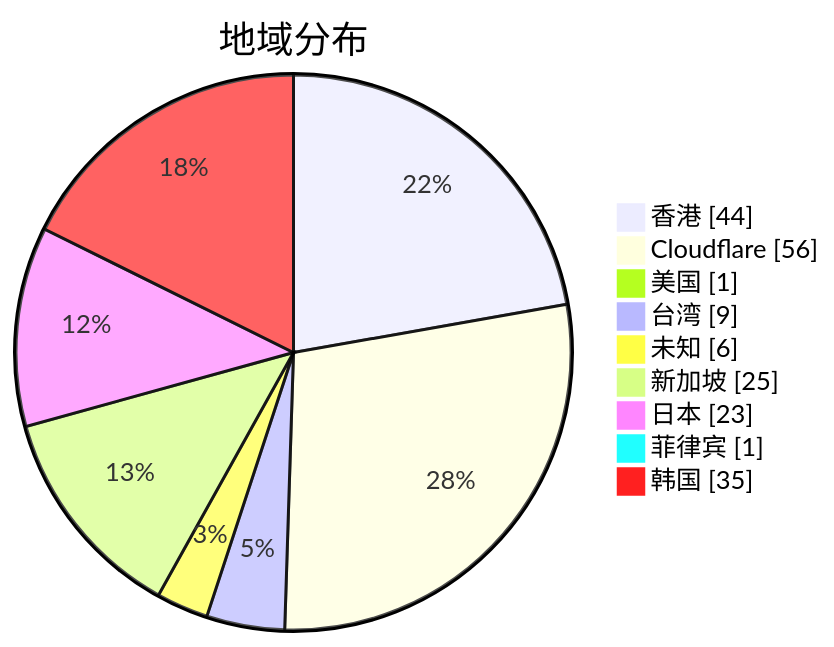
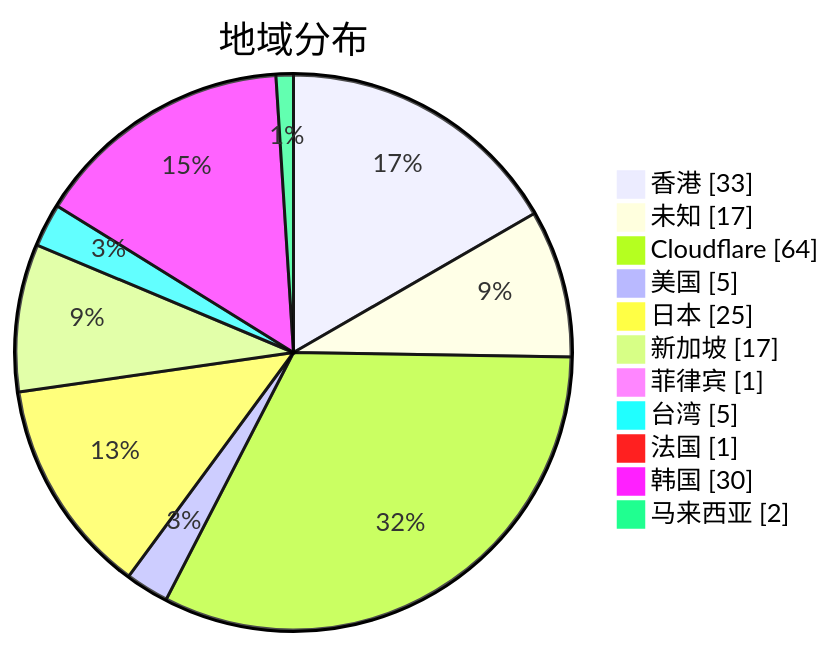
The second of 3 diagrams in subs/statistics/tested_within.md (qjlxg/airport), drawn with Mermaid before and after one commit. The commit also changed other lines of this file and 2 other files, not shown here.

Commit message:
Tested by metaST

````diff
--- a/subs/statistics/tested_within.md
+++ b/subs/statistics/tested_within.md
@@ -11,13 +12,15 @@
 ```mermaid
 pie showData
 title 地域分布
-"香港" : 44
-"Cloudflare" : 56
-"美国" : 1
-"台湾" : 9
-"未知" : 6
-"新加坡" : 25
-"日本" : 23
+"香港" : 33
+"未知" : 17
+"Cloudflare" : 64
+"美国" : 5
+"日本" : 25
+"新加坡" : 17
 "菲律宾" : 1
-"韩国" : 35
+"台湾" : 5
+"法国" : 1
+"韩国" : 30
+"马来西亚" : 2
 ```
````
